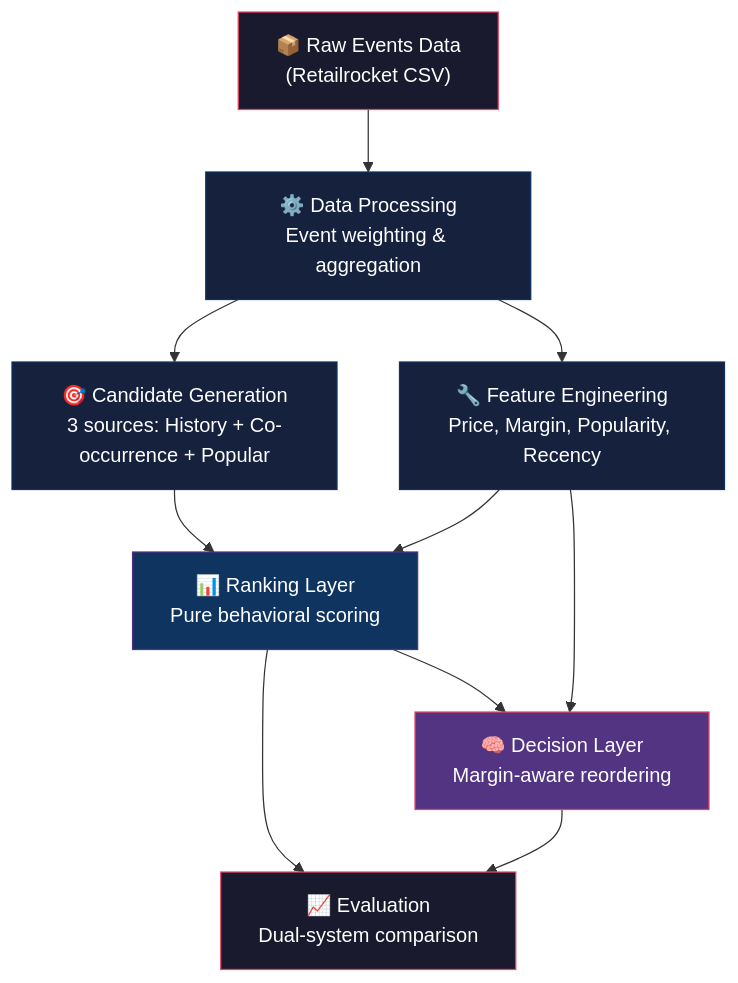
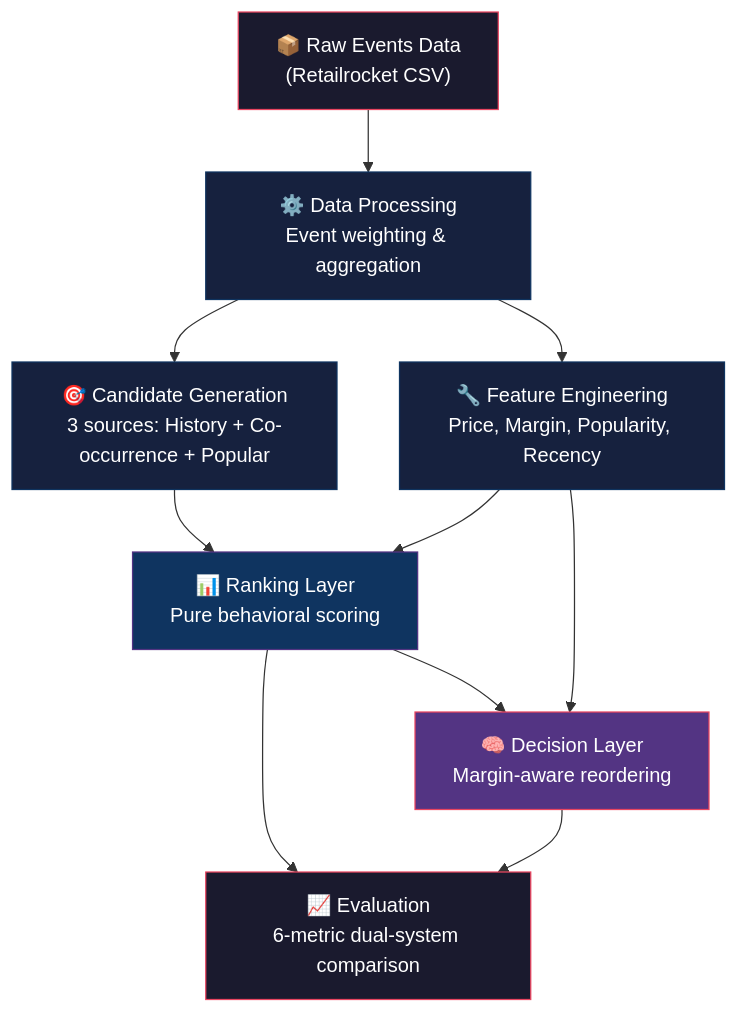
The first of 3 diagrams in README.md (Rick-developer/E-commerce-Decision-Intelligence-System), drawn with Mermaid before and after one commit. The commit also changed other lines of this file and 1 other file, not shown here.

First line of the commit message:
docs: comprehensive README overhaul with metric taxonomy and project enhancements

````diff
--- a/README.md
+++ b/README.md
@@ -67,20 +76,20 @@
 ```mermaid
 flowchart TD
     A["📦 Raw Events Data\n(Retailrocket CSV)"] --> B["⚙️ Data Processing\nEvent weighting & aggregation"]
     B --> C["🎯 Candidate Generation\n3 sources: History + Co-occurrence + Popular"]
     B --> D["🔧 Feature Engineering\nPrice, Margin, Popularity, Recency"]
     C --> E["📊 Ranking Layer\nPure behavioral scoring"]
     D --> E
     E --> F["🧠 Decision Layer\nMargin-aware reordering"]
     D --> F
-    E --> G["📈 Evaluation\nDual-system comparison"]
+    E --> G["📈 Evaluation\n6-metric dual-system comparison"]
     F --> G
 
     style A fill:#1a1a2e,stroke:#e94560,color:#fff
     style B fill:#16213e,stroke:#0f3460,color:#fff
     style C fill:#16213e,stroke:#0f3460,color:#fff
     style D fill:#16213e,stroke:#0f3460,color:#fff
     style E fill:#0f3460,stroke:#533483,color:#fff
     style F fill:#533483,stroke:#e94560,color:#fff
     style G fill:#1a1a2e,stroke:#e94560,color:#fff
 ```
````
